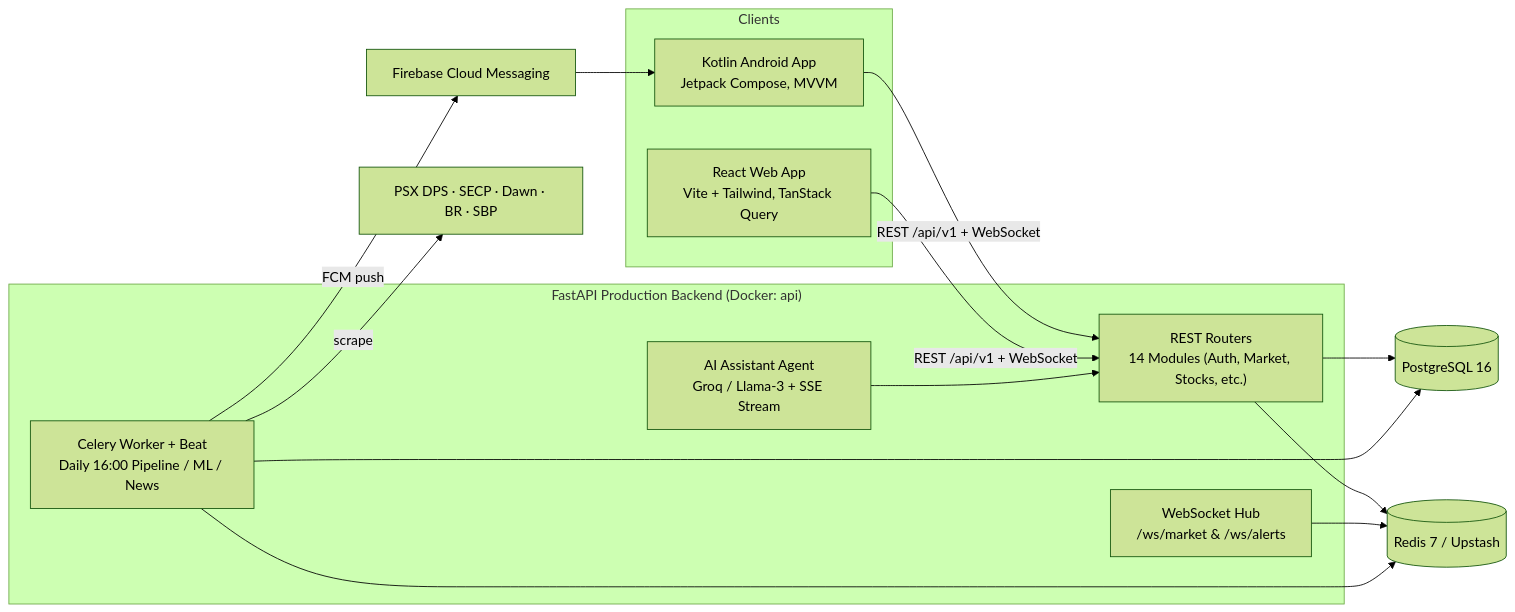
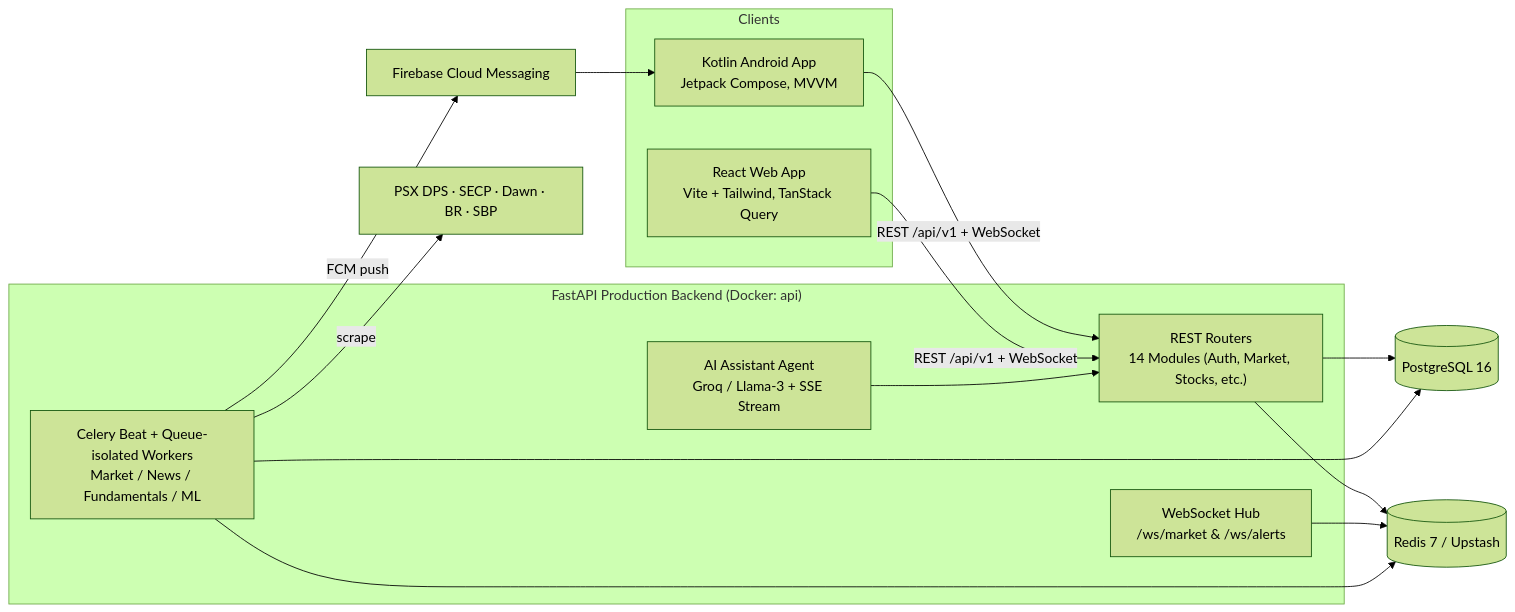
Before and after one commit to iahmedd-k/Basarat-fyp-official: the first of 3 diagrams in backend/docs/system-architecture.md, drawn with Mermaid (forest theme). The commit also changed other lines of this file and 202 other files, not shown here.

````diff
--- a/backend/docs/system-architecture.md
+++ b/backend/docs/system-architecture.md
@@ -18,28 +18,28 @@
 ```mermaid
 flowchart LR
     subgraph Clients
         A["Kotlin Android App<br/>Jetpack Compose, MVVM"]
         W["React Web App<br/>Vite + Tailwind, TanStack Query"]
     end
 
     A -->|"REST /api/v1 + WebSocket"| API
     W -->|"REST /api/v1 + WebSocket"| API
 
     subgraph Backend["FastAPI Production Backend (Docker: api)"]
         API["REST Routers<br/>14 Modules (Auth, Market, Stocks, etc.)"]
         WS["WebSocket Hub<br/>/ws/market & /ws/alerts"]
-        CEL["Celery Worker + Beat<br/>Daily 16:00 Pipeline / ML / News"]
+        CEL["Celery Beat + Queue-isolated Workers<br/>Market / News / Fundamentals / ML"]
         ASS["AI Assistant Agent<br/>Groq / Llama-3 + SSE Stream"]
     end
 
     API --> PG[("PostgreSQL 16")]
     API --> RD[("Redis 7 / Upstash")]
     WS --> RD
     CEL --> PG
     CEL --> RD
     CEL -->|scrape| SRC["PSX DPS · SECP · Dawn · BR · SBP"]
     CEL -->|FCM push| FCM["Firebase Cloud Messaging"]
     FCM --> A
 
     ASS --> API
 ```
````
